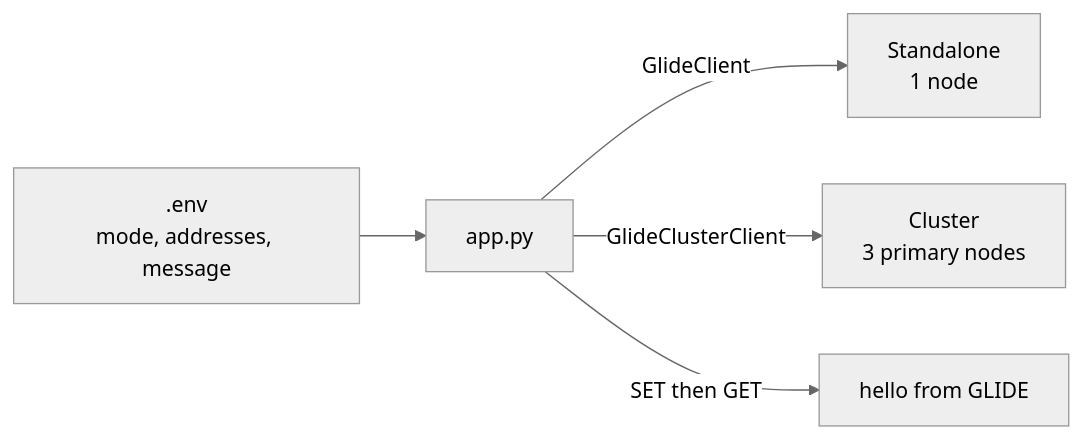
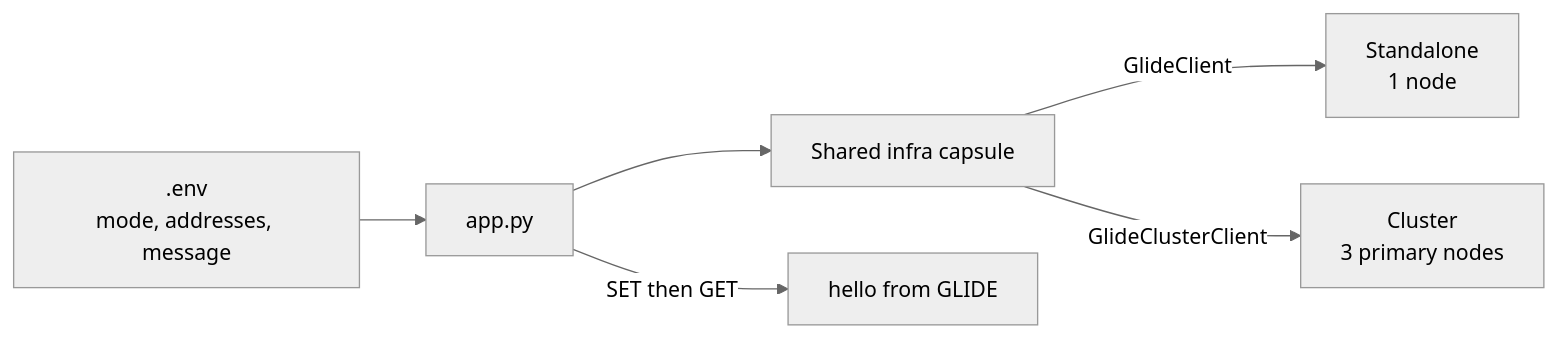
Before and after one commit to rlunar/valkey-examples: the diagram in examples/operations/client-connection-glide-python/README.md, drawn with Mermaid (neutral theme). The commit also changed other lines of this file and 167 other files, not shown here.

````diff
--- a/examples/operations/client-connection-glide-python/README.md
+++ b/examples/operations/client-connection-glide-python/README.md
@@ -102,7 +139,8 @@
 ```mermaid
 flowchart LR
     env[".env<br/>mode, addresses, message"] --> app["app.py"]
-    app -->|"GlideClient"| standalone["Standalone<br/>1 node"]
-    app -->|"GlideClusterClient"| cluster["Cluster<br/>3 primary nodes"]
+    app --> infra["Shared infra capsule"]
+    infra -->|"GlideClient"| standalone["Standalone<br/>1 node"]
+    infra -->|"GlideClusterClient"| cluster["Cluster<br/>3 primary nodes"]
     app -->|"SET then GET"| output["hello from GLIDE"]
 ```
````
